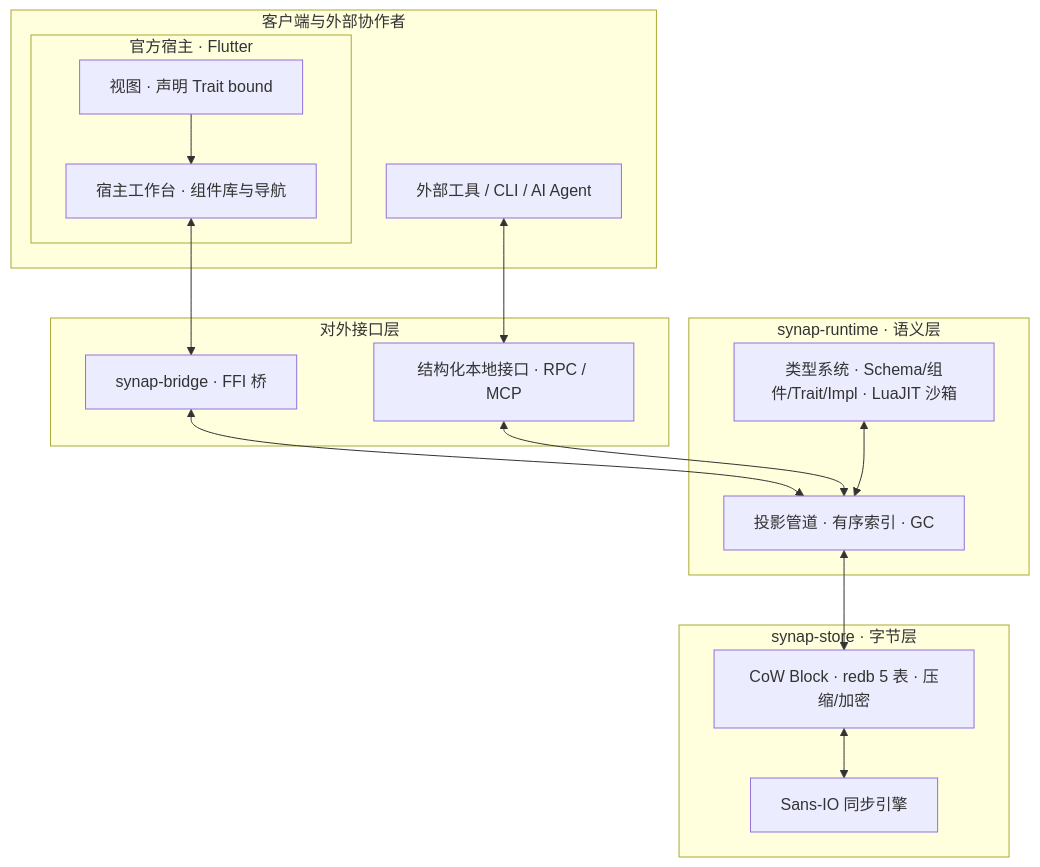
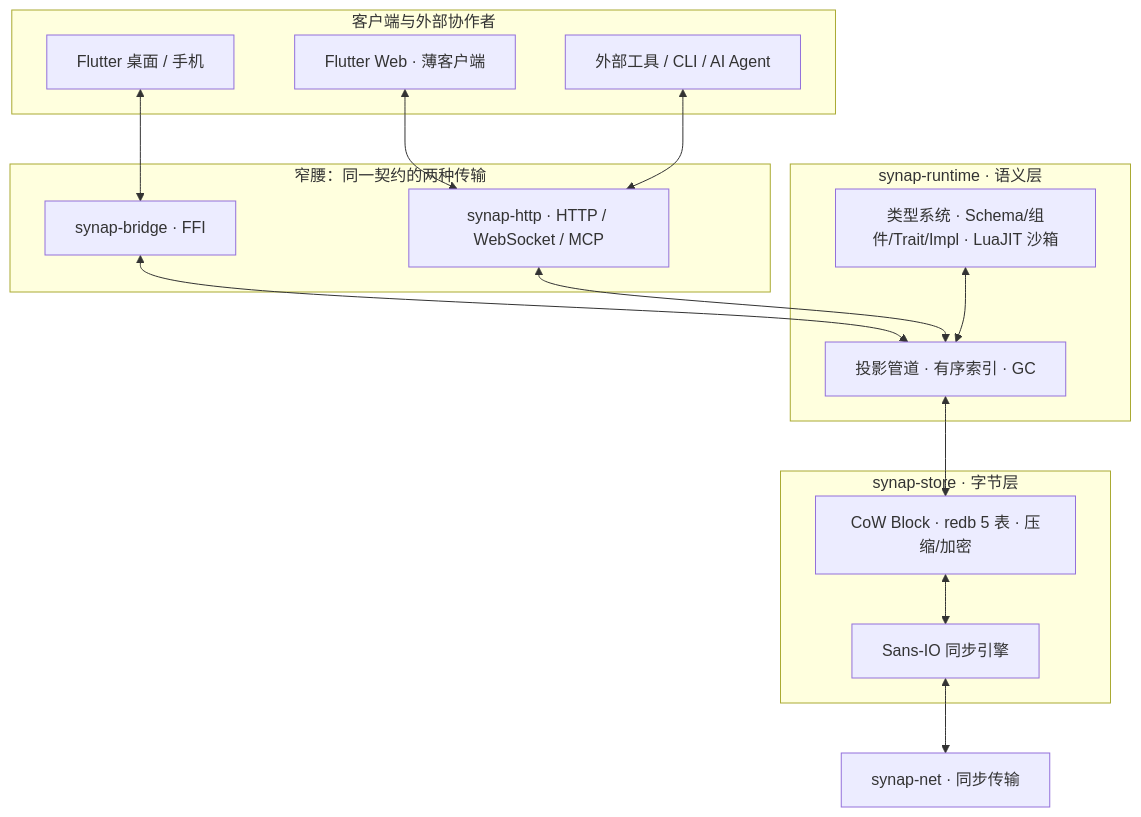
The diagram in docs/002-architecture.md (VilinkoStudio/synap-next), drawn with Mermaid before and after one commit. The commit also changed other lines of this file and 9 other files, not shown here.

````diff
--- a/docs/002-architecture.md
+++ b/docs/002-architecture.md
@@ -9,35 +18,35 @@
 ```mermaid
 flowchart TB
   subgraph clients [客户端与外部协作者]
-    subgraph host [官方宿主 · Flutter]
-      UI[视图 · 声明 Trait bound]
-      F[宿主工作台 · 组件库与导航]
-    end
+    NAT[Flutter 桌面 / 手机]
+    WEB[Flutter Web · 薄客户端]
     EXT[外部工具 / CLI / AI Agent]
   end
 
-  subgraph iface [对外接口层]
-    BR[synap-bridge · FFI 桥]
-    API[结构化本地接口 · RPC / MCP]
+  subgraph iface [窄腰：同一契约的两种传输]
+    BR[synap-bridge · FFI]
+    HTTP[synap-http · HTTP / WebSocket / MCP]
   end
 
   subgraph rt [synap-runtime · 语义层]
     LP[类型系统 · Schema/组件/Trait/Impl · LuaJIT 沙箱]
     CG[投影管道 · 有序索引 · GC]
   end
 
   subgraph st [synap-store · 字节层]
     BL[CoW Block · redb 5 表 · 压缩/加密]
     SY[Sans-IO 同步引擎]
   end
 
-  UI --> F
-  F <--> BR
-  EXT <--> API
+  NET[synap-net · 同步传输]
+
+  NAT <--> BR
+  WEB <--> HTTP
+  EXT <--> HTTP
   BR <--> CG
-  API <--> CG
+  HTTP <--> CG
   LP <--> CG
   CG <--> BL
   BL <--> SY
-
+  SY <--> NET
 ```
````
